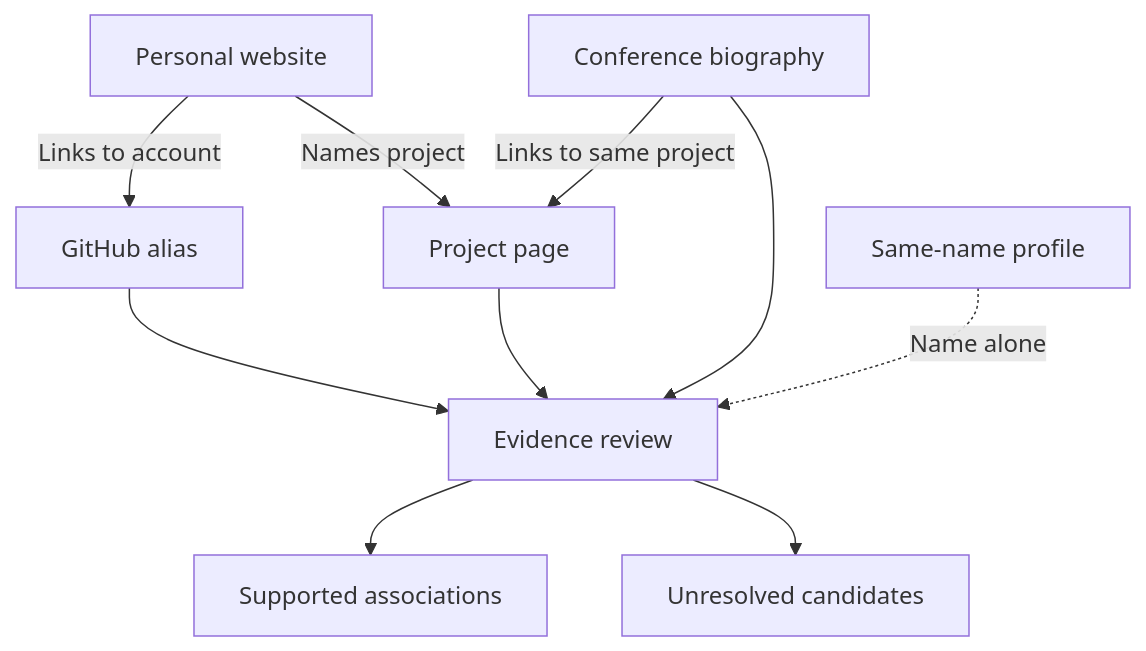
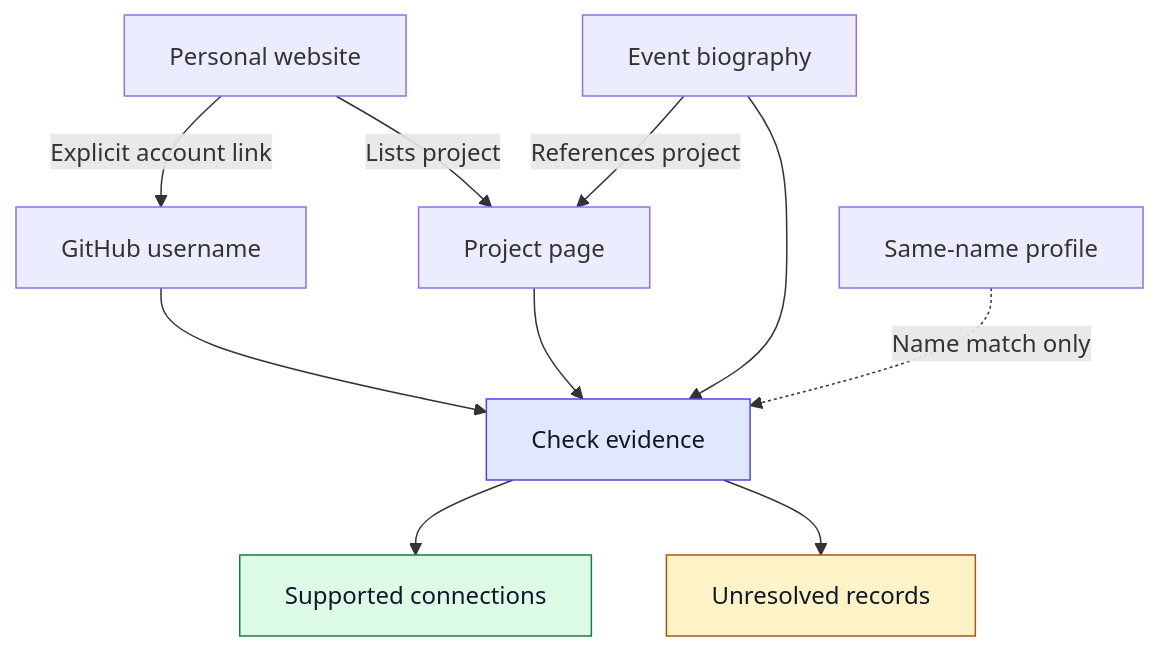
The first of 2 diagrams in README.md (sdheeraj4/Temporal_Nexus), drawn with Mermaid before and after one commit. The commit also changed other lines of this file, not shown here.

````diff
--- a/README.md
+++ b/README.md
@@ -43,12 +52,16 @@
 ```mermaid
 flowchart TD
-    A["Personal website"] -->|"Links to account"| B["GitHub alias"]
-    A -->|"Names project"| C["Project page"]
-    D["Conference biography"] -->|"Links to same project"| C
-    B --> E["Evidence review"]
+    A["Personal website"] -->|"Explicit account link"| B["GitHub username"]
+    A -->|"Lists project"| C["Project page"]
+    D["Event biography"] -->|"References project"| C
+    B --> E["Check evidence"]
     C --> E
     D --> E
-    F["Same-name profile"] -.->|"Name alone"| E
-    E --> G["Supported associations"]
-    E --> H["Unresolved candidates"]
+    F["Same-name profile"] -.->|"Name match only"| E
+    E --> G["Supported connections"]
+    E --> H["Unresolved records"]
+
+    style E fill:#e0e7ff,stroke:#4f46e5,color:#111827
+    style G fill:#dcfce7,stroke:#15803d,color:#111827
+    style H fill:#fef3c7,stroke:#b45309,color:#111827
 ```
````
